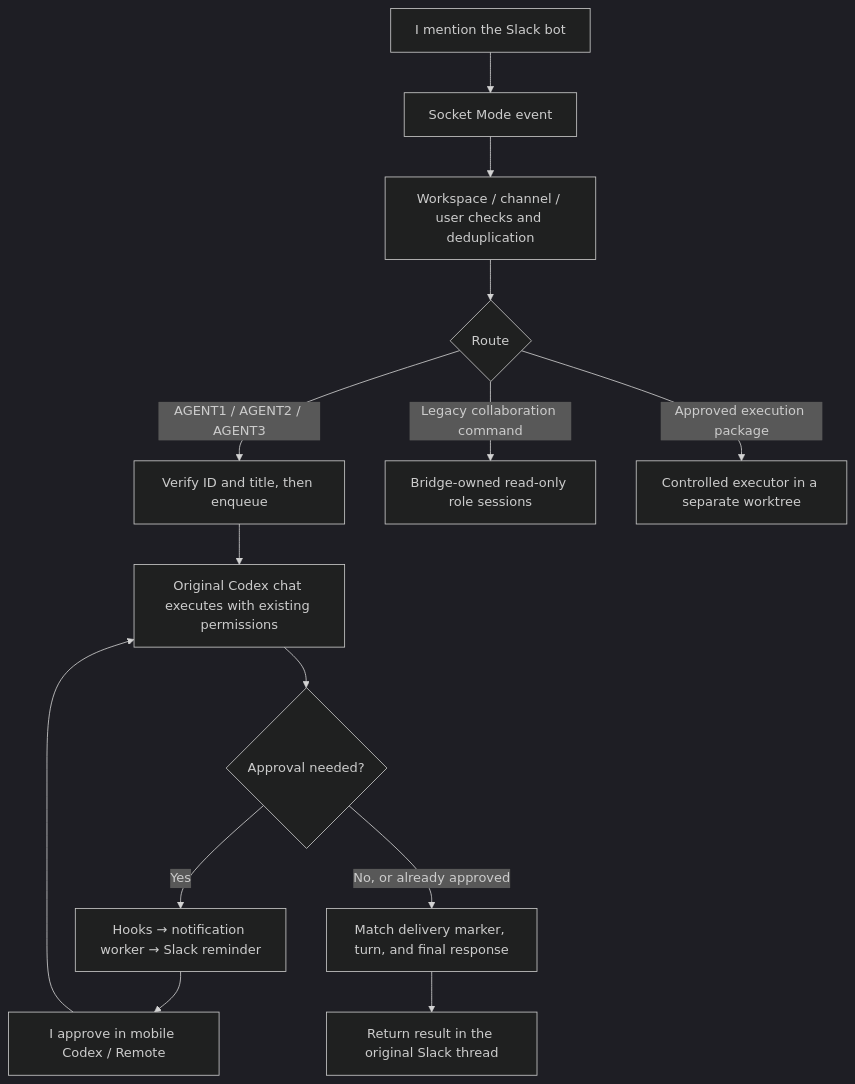
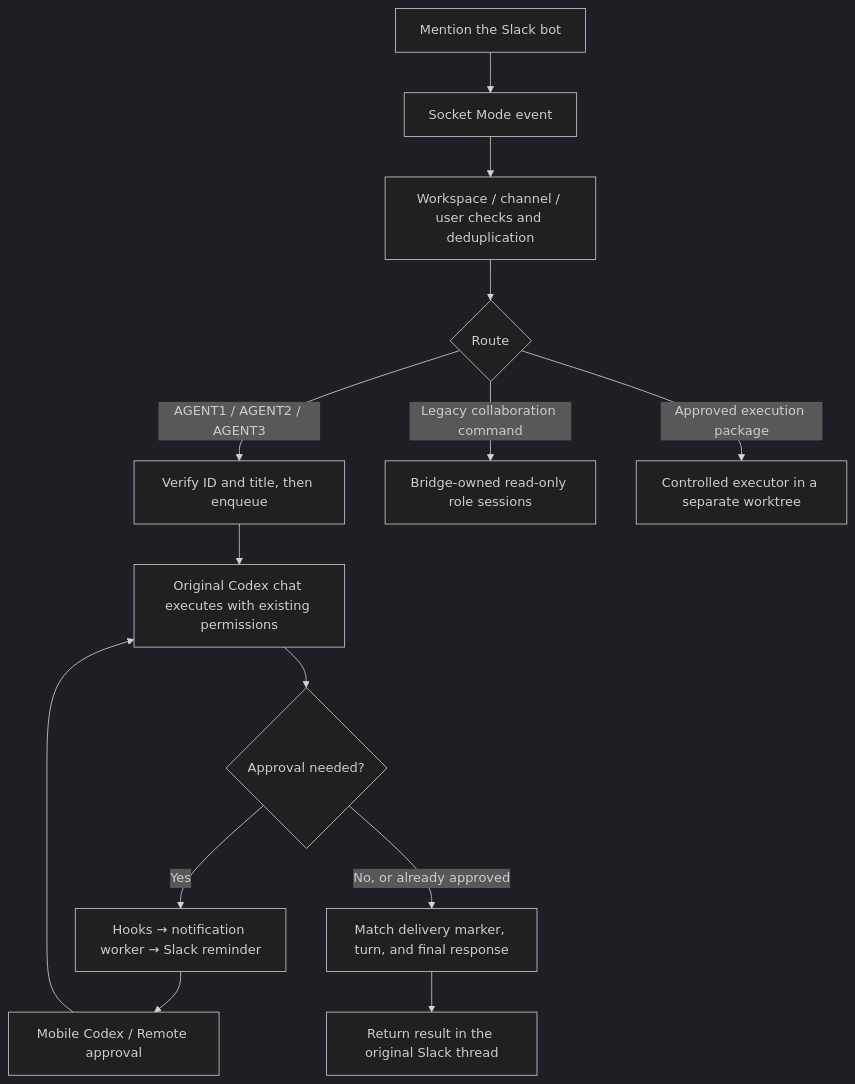
The diagram in docs/en/01-process.md (santonear/Codex_Slack_Bridge_Win), drawn with Mermaid (dark theme) before and after one commit. The commit also changed other lines of this file and 1 other file, not shown here.

````diff
--- a/docs/en/01-process.md
+++ b/docs/en/01-process.md
@@ -11,16 +10,16 @@
 ```mermaid
 flowchart TD
-    U[I mention the Slack bot] --> S[Socket Mode event]
+    U[Mention the Slack bot] --> S[Socket Mode event]
     S --> V[Workspace / channel / user checks and deduplication]
     V --> R{Route}
     R -->|AGENT1 / AGENT2 / AGENT3| Q[Verify ID and title, then enqueue]
     Q --> C[Original Codex chat executes with existing permissions]
     C --> A{Approval needed?}
     A -->|Yes| H[Hooks → notification worker → Slack reminder]
-    H --> M[I approve in mobile Codex / Remote]
+    H --> M[Mobile Codex / Remote approval]
     M --> C
     A -->|No, or already approved| F[Match delivery marker, turn, and final response]
     F --> B[Return result in the original Slack thread]
     R -->|Legacy collaboration command| L[Bridge-owned read-only role sessions]
     R -->|Approved execution package| E[Controlled executor in a separate worktree]
 ```
````
